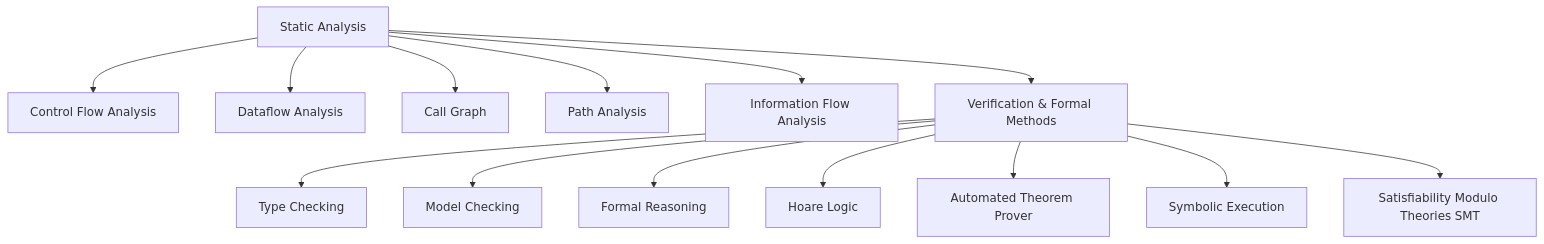
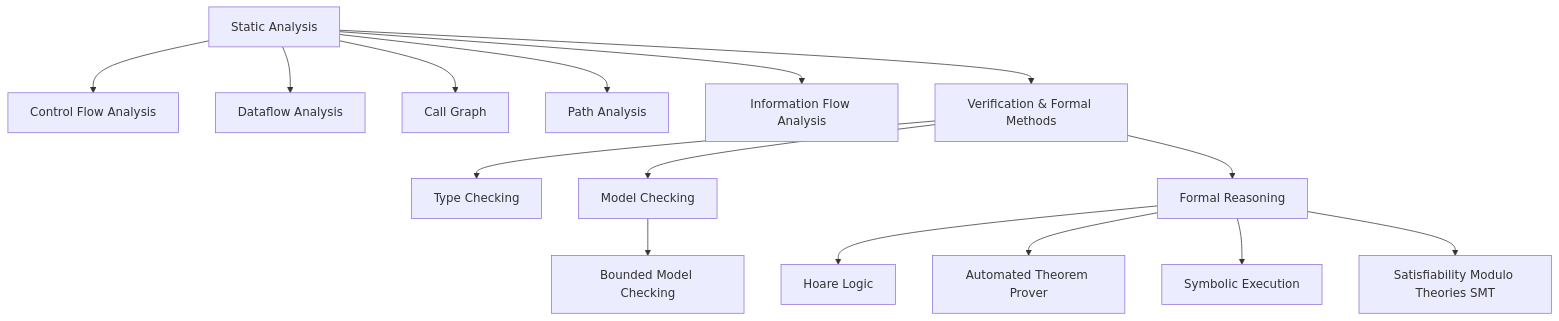
Before and after one commit to chutrunganh/Application-of-Automated-Tools-in-Software-Code-Auditing-IT4508E: the first of 3 diagrams in README.md, drawn with Mermaid. The commit also changed other lines of this file and 4 other files, not shown here.

````diff
--- a/README.md
+++ b/README.md
@@ -28,17 +28,20 @@
 ```mermaid
 flowchart TD
     A[Static Analysis] --> B[Control Flow Analysis]
     A --> C[Dataflow Analysis]
     A --> D[Call Graph]
     A --> E[Path Analysis]
     A --> F[Information Flow Analysis]
     A --> G[Verification & Formal Methods]
 
     G --> G1[Type Checking]
     G --> G2[Model Checking]
     G --> G3[Formal Reasoning]
-    G --> G4[Hoare Logic]
-    G --> G5[Automated Theorem Prover]
-    G --> G6[Symbolic Execution]
-    G --> G7[Satisfiability Modulo Theories SMT]
+
+    G2 --> G21[Bounded Model Checking]
+
+    G3 --> G31[Hoare Logic]
+    G3 --> G32[Automated Theorem Prover]
+    G3 --> G33[Symbolic Execution]
+    G3 --> G34[Satisfiability Modulo Theories SMT]
 ```
````
